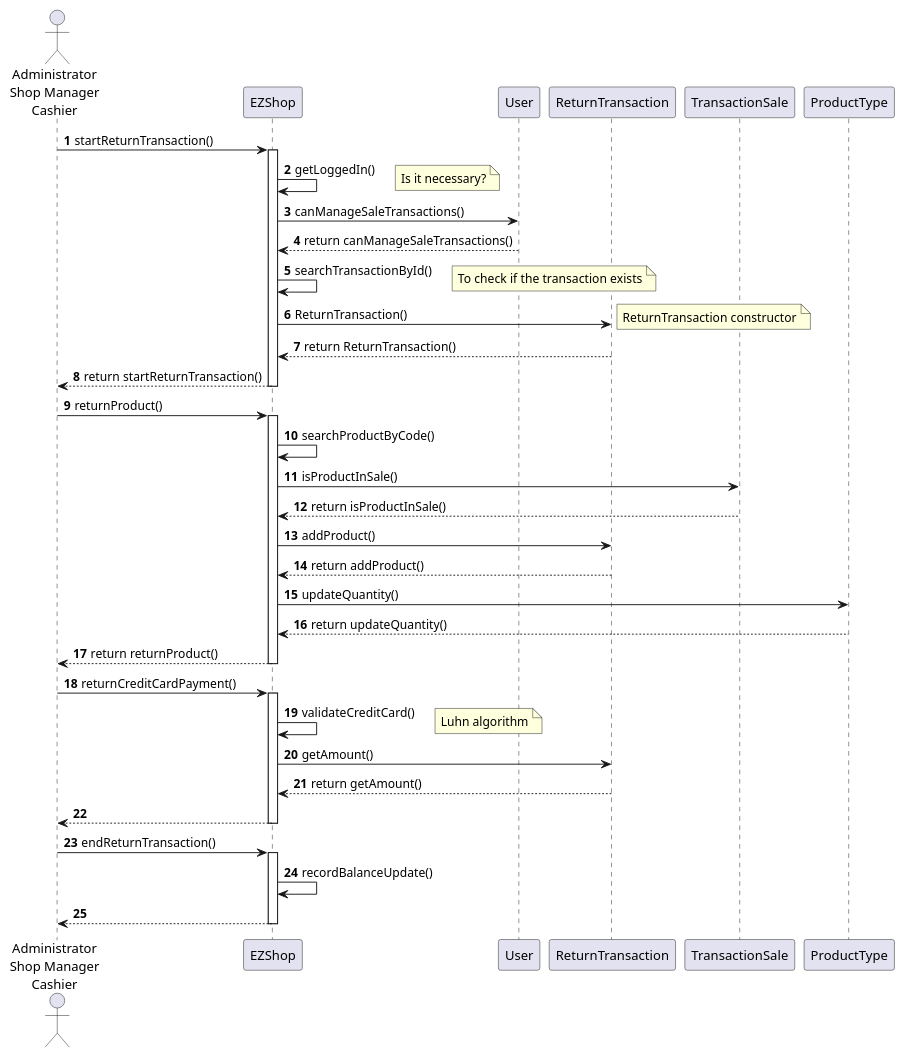
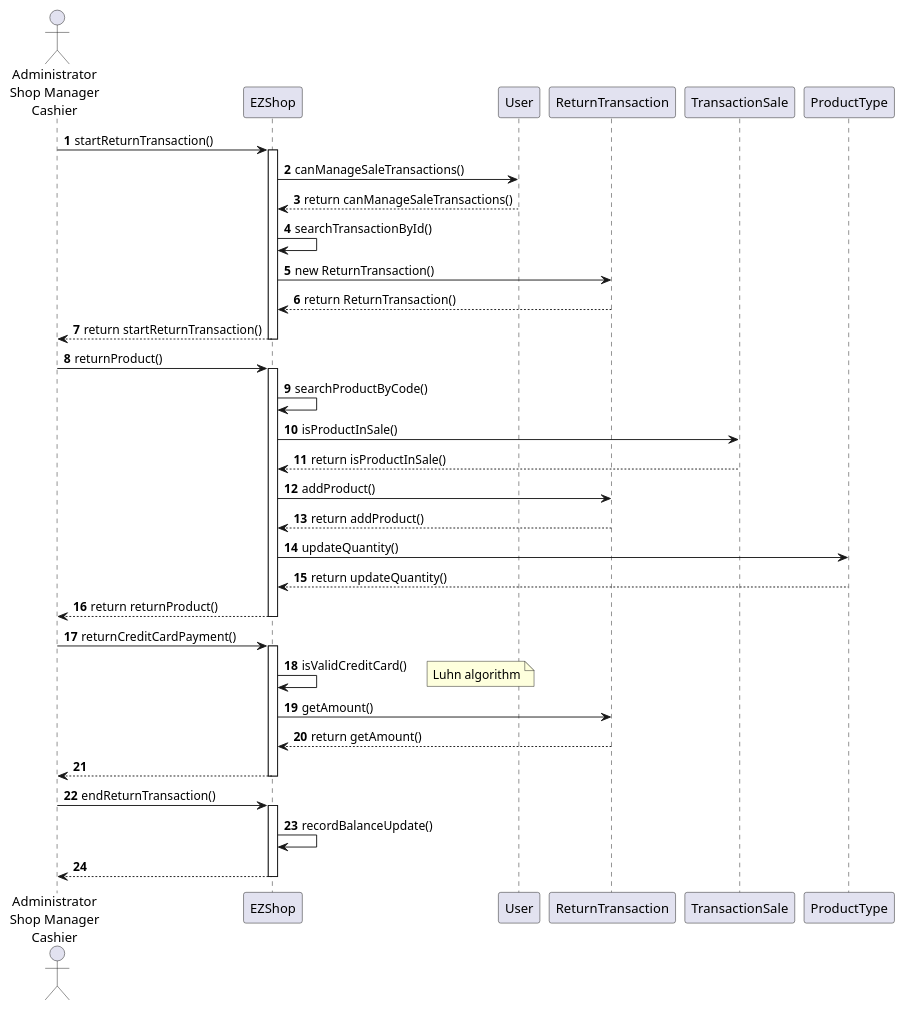
One commit to gioele-scaletta/EZShop-Software-Engineering-Project changed diagram 13 of 15 in Deliverables/DesignDocument.md. Above: the diagram before and after it, drawn with PlantUML. The commit also changed other lines of this file, not shown here.

Commit message:
docs: updated sequence diagrams for scenarios 8.1, 8.2, 9.1, 10.1, 10.2

````diff
--- a/Deliverables/DesignDocument.md
+++ b/Deliverables/DesignDocument.md
@@ -450,45 +452,41 @@
 ```plantuml
 actor "Administrator\nShop Manager\nCashier" as user
 
 autonumber
 user -> EZShop : startReturnTransaction()
 activate  EZShop
-EZShop -> EZShop : getLoggedIn()
-note right: Is it necessary?
 EZShop -> User : canManageSaleTransactions()
 EZShop <-- User : return canManageSaleTransactions()
 EZShop -> EZShop : searchTransactionById()
-note right: To check if the transaction exists
-EZShop -> ReturnTransaction : ReturnTransaction()
-note right: ReturnTransaction constructor
+EZShop -> ReturnTransaction : new ReturnTransaction()
 EZShop <-- ReturnTransaction : return ReturnTransaction()
 user <-- EZShop : return startReturnTransaction()
 deactivate EZShop
 
 user -> EZShop : returnProduct()
 activate EZShop
 EZShop -> EZShop : searchProductByCode()
 EZShop -> TransactionSale : isProductInSale()
 EZShop <-- TransactionSale : return isProductInSale()
 EZShop -> ReturnTransaction : addProduct()
 EZShop <-- ReturnTransaction : return addProduct()
 EZShop -> ProductType : updateQuantity()
 EZShop <-- ProductType : return updateQuantity()
 user <-- EZShop : return returnProduct()
 deactivate EZShop
 
 user -> EZShop : returnCreditCardPayment()
 activate EZShop
-EZShop -> EZShop : validateCreditCard()
+EZShop -> EZShop : isValidCreditCard()
 note right: Luhn algorithm
 EZShop -> ReturnTransaction : getAmount()
 EZShop <-- ReturnTransaction : return getAmount()
 user <-- EZShop
 deactivate EZShop
 
 user -> EZShop : endReturnTransaction()
 activate EZShop
 EZShop -> EZShop : recordBalanceUpdate()
 user <-- EZShop
 deactivate EZShop
 ```
````
